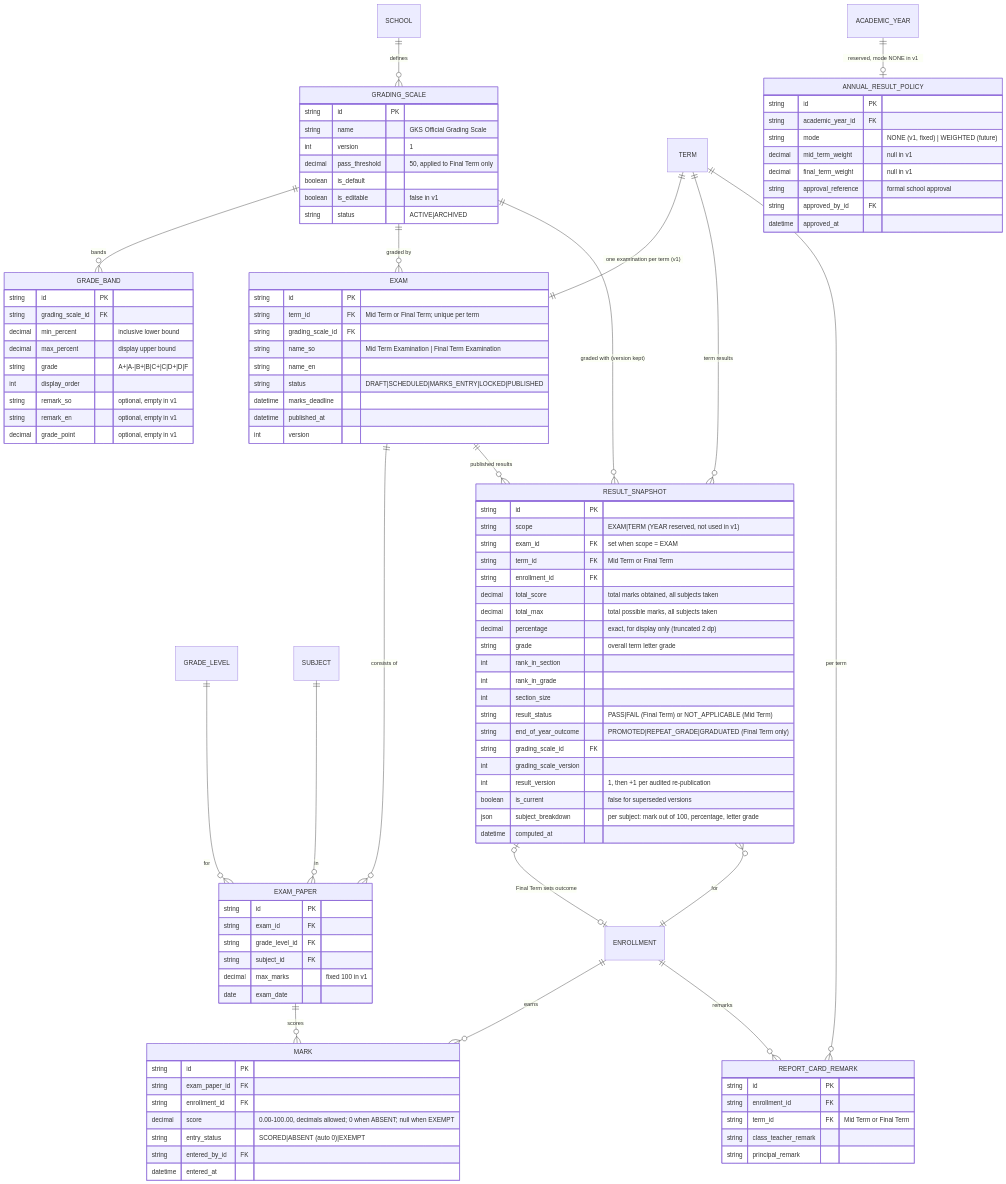
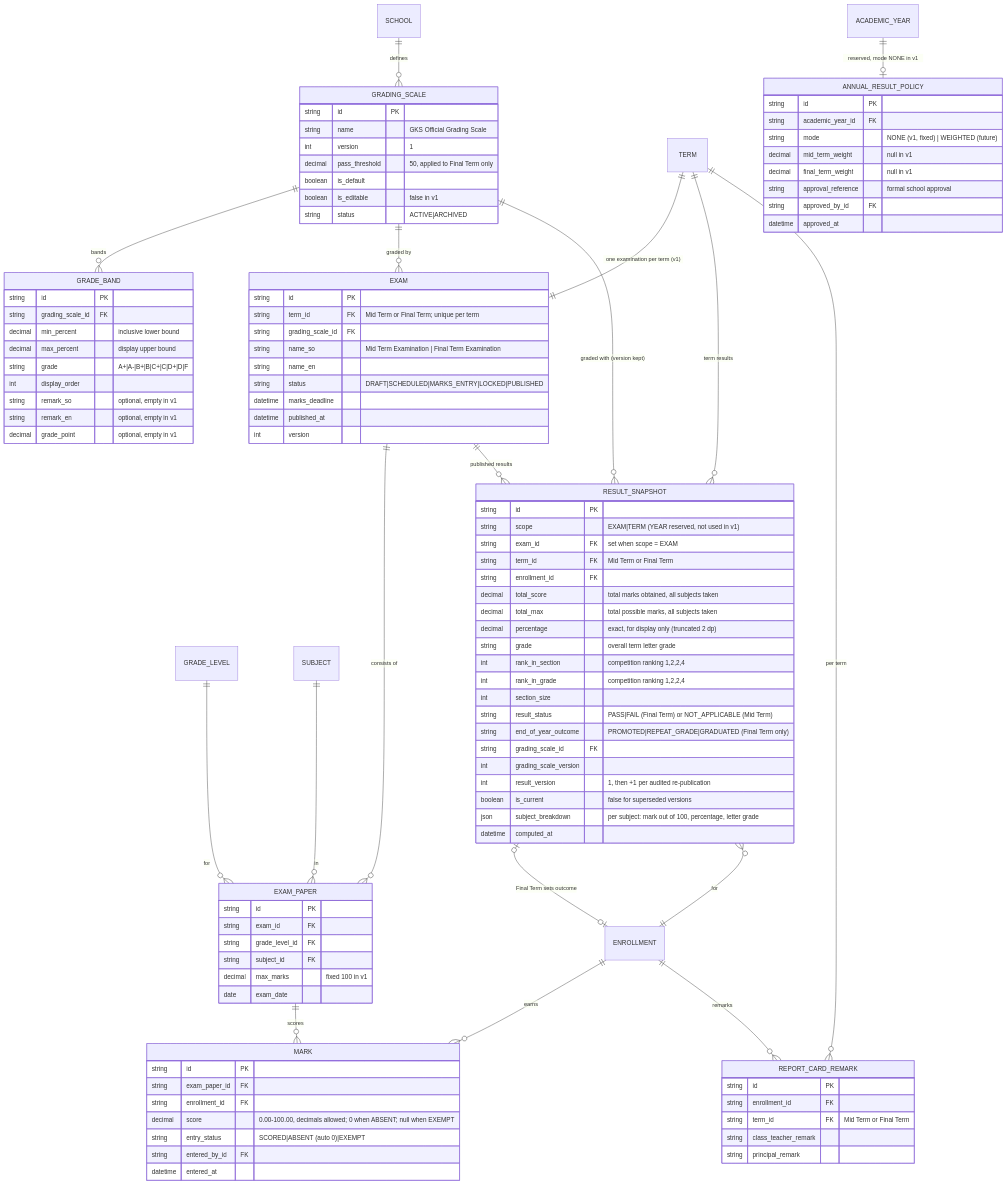
Before and after one commit to ismacil87/Gol-khatumo: the seventh of 10 diagrams in docs/phase-1/03-database-erd.md, drawn with Mermaid. The commit also changed other lines of this file and 7 other files, not shown here.

```diff
--- a/docs/phase-1/03-database-erd.md
+++ b/docs/phase-1/03-database-erd.md
@@ -517,8 +521,8 @@
     decimal total_max "total possible marks, all subjects taken"
     decimal percentage "exact, for display only (truncated 2 dp)"
     string grade "overall term letter grade"
-    int rank_in_section
-    int rank_in_grade
+    int rank_in_section "competition ranking 1,2,2,4"
+    int rank_in_grade "competition ranking 1,2,2,4"
     int section_size
     string result_status "PASS|FAIL (Final Term) or NOT_APPLICABLE (Mid Term)"
     string end_of_year_outcome "PROMOTED|REPEAT_GRADE|GRADUATED (Final Term only)"
```
